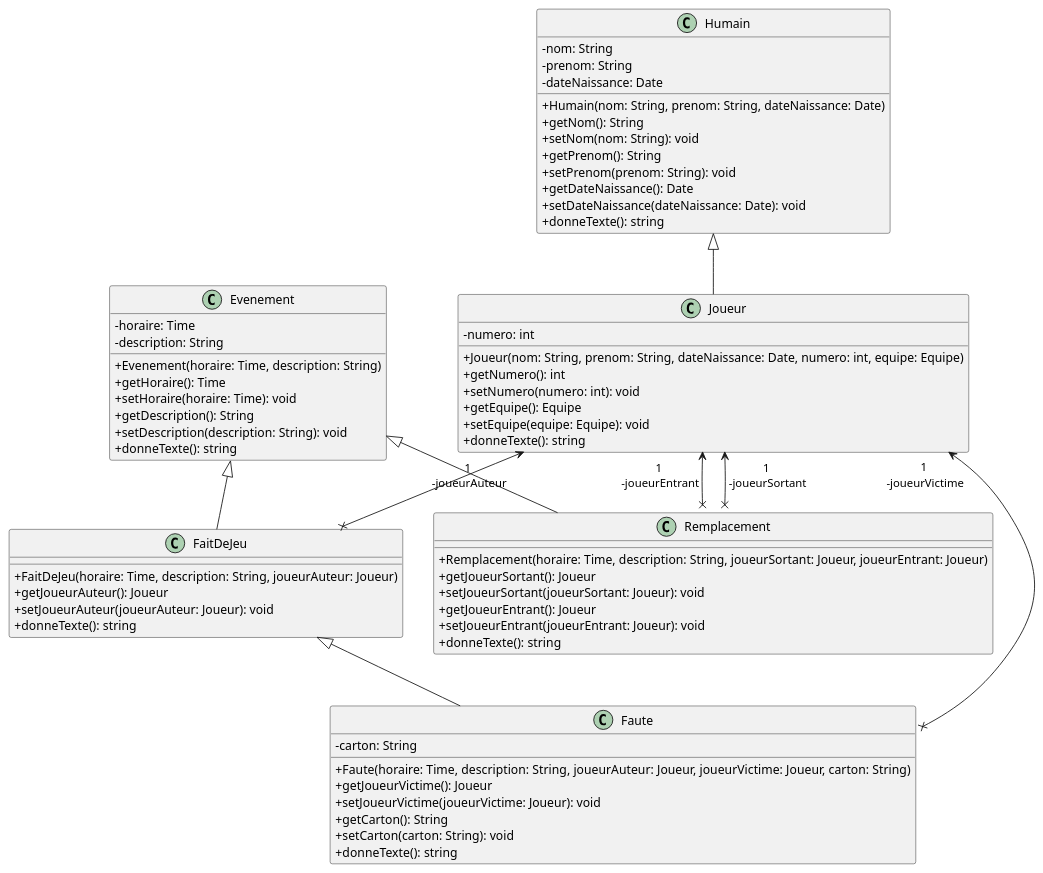
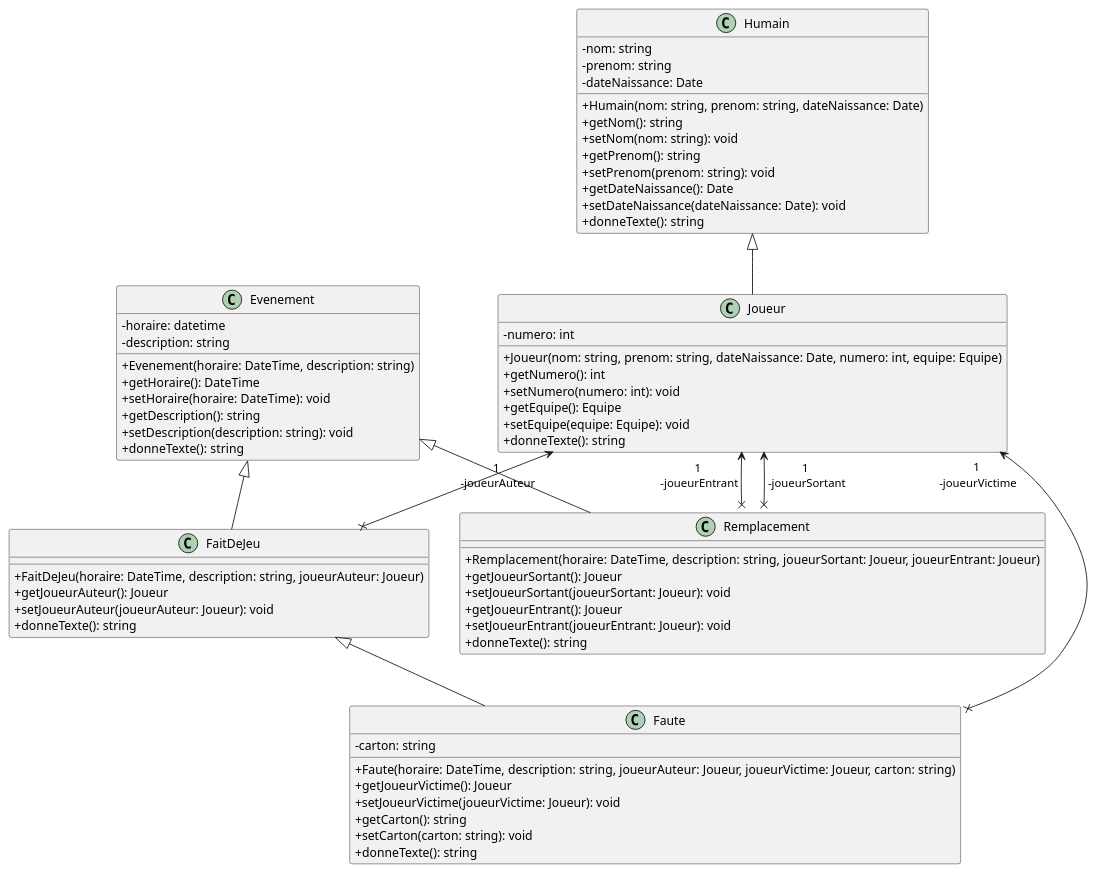
One commit to jeanbaptisteaubry/Con-2024-2025-Foot changed the diagram in 6.plantuml. Above: the diagram before and after it, drawn with PlantUML. The commit also changed 5 other files, not shown here.

```diff
--- a/6.plantuml
+++ b/6.plantuml
@@ -1,79 +1,79 @@
 @startuml
 skinparam classAttributeIconSize 0
 class Humain {
- -nom: String
-    -prenom: String
+ -nom: string
+    -prenom: string
     -dateNaissance: Date
-    +Humain(nom: String, prenom: String, dateNaissance: Date)
-    +getNom(): String
-    +setNom(nom: String): void
-    +getPrenom(): String
-    +setPrenom(prenom: String): void
+    +Humain(nom: string, prenom: string, dateNaissance: Date)
+    +getNom(): string
+    +setNom(nom: string): void
+    +getPrenom(): string
+    +setPrenom(prenom: string): void
     +getDateNaissance(): Date
     +setDateNaissance(dateNaissance: Date): void
     +donneTexte(): string
 }
 
 
 Humain <|-- Joueur
 class Joueur{
     -numero: int
-    +Joueur(nom: String, prenom: String, dateNaissance: Date, numero: int, equipe: Equipe)
+    +Joueur(nom: string, prenom: string, dateNaissance: Date, numero: int, equipe: Equipe)
     +getNumero(): int
     +setNumero(numero: int): void
     +getEquipe(): Equipe
     +setEquipe(equipe: Equipe): void
     +donneTexte(): string
 }
 
 
 
 
 
 class Evenement{
-    -horaire: Time
-    -description: String
-    +Evenement(horaire: Time, description: String)
-    +getHoraire(): Time
-    +setHoraire(horaire: Time): void
-    +getDescription(): String
-    +setDescription(description: String): void
+    -horaire: datetime
+    -description: string
+    +Evenement(horaire: DateTime, description: string)
+    +getHoraire(): DateTime
+    +setHoraire(horaire: DateTime): void
+    +getDescription(): string
+    +setDescription(description: string): void
     +donneTexte(): string
 }
 
 Joueur "1 \n-joueurEntrant" <--x  Remplacement
 Joueur "1 \n-joueurSortant" <--x  Remplacement
 Evenement <|-- Remplacement
 class Remplacement{
 
-    +Remplacement(horaire: Time, description: String, joueurSortant: Joueur, joueurEntrant: Joueur)
+    +Remplacement(horaire: DateTime, description: string, joueurSortant: Joueur, joueurEntrant: Joueur)
     +getJoueurSortant(): Joueur
     +setJoueurSortant(joueurSortant: Joueur): void
     +getJoueurEntrant(): Joueur
     +setJoueurEntrant(joueurEntrant: Joueur): void
     +donneTexte(): string
 }
 
 Evenement <|-- FaitDeJeu
 Joueur "1 \n-joueurAuteur" <--x  FaitDeJeu
 class FaitDeJeu{
-    +FaitDeJeu(horaire: Time, description: String, joueurAuteur: Joueur)
+    +FaitDeJeu(horaire: DateTime, description: string, joueurAuteur: Joueur)
     +getJoueurAuteur(): Joueur
     +setJoueurAuteur(joueurAuteur: Joueur): void
     +donneTexte(): string
 }
 
  FaitDeJeu <|-- Faute
 Joueur "1 \n-joueurVictime" <--x  Faute
 class Faute{
-    -carton: String
-    +Faute(horaire: Time, description: String, joueurAuteur: Joueur, joueurVictime: Joueur, carton: String)
+    -carton: string
+    +Faute(horaire: DateTime, description: string, joueurAuteur: Joueur, joueurVictime: Joueur, carton: string)
     +getJoueurVictime(): Joueur
     +setJoueurVictime(joueurVictime: Joueur): void
-    +getCarton(): String
-    +setCarton(carton: String): void
+    +getCarton(): string
+    +setCarton(carton: string): void
     +donneTexte(): string
 }
 
 
 @enduml
```
